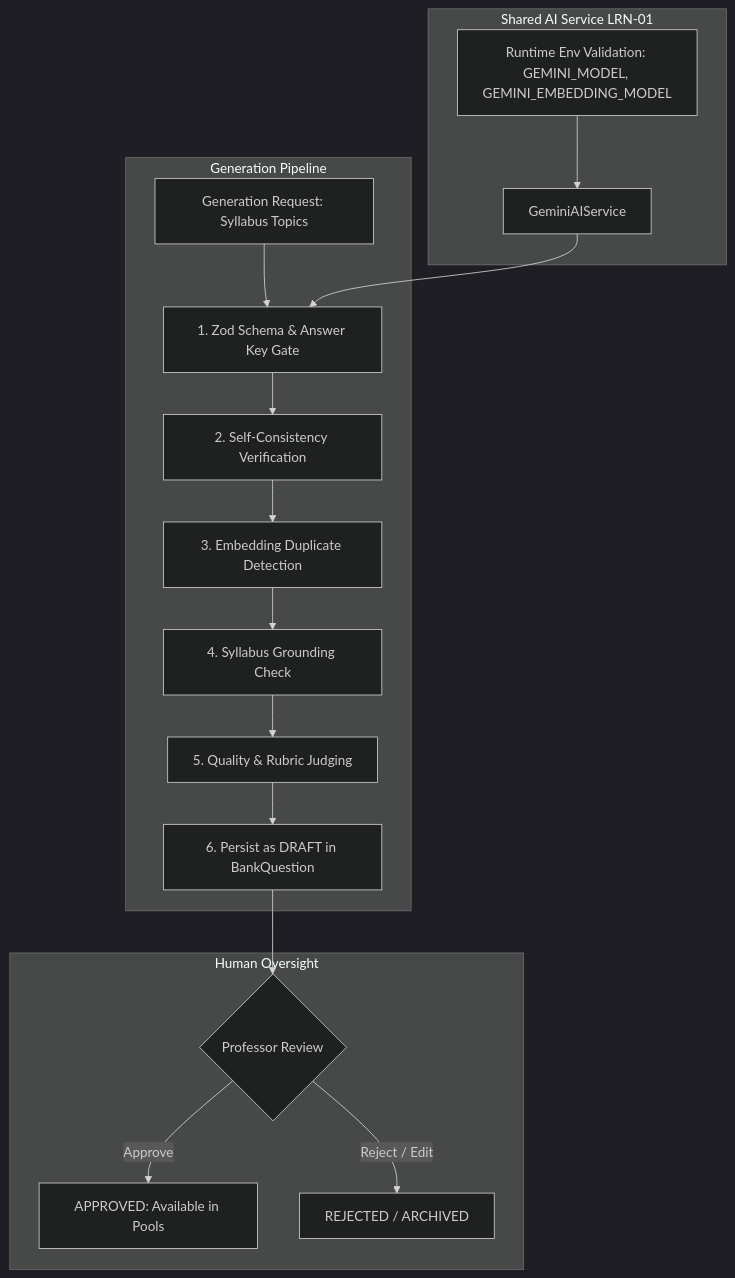
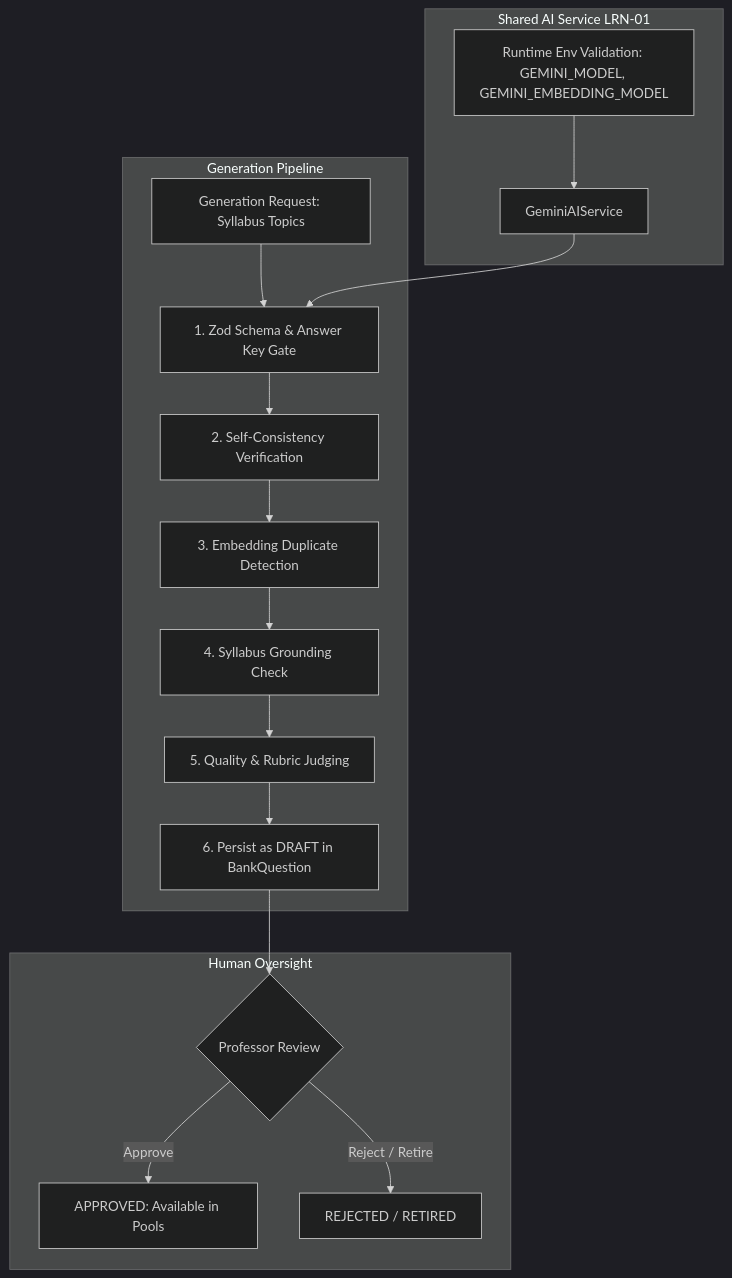
One commit to Aarathi1535/assignment_evaluation-IIIT-Hyd changed the seventh of 9 diagrams in docs/learning-module.md. Above: the diagram before and after it, drawn with Mermaid (dark theme). The commit also changed other lines of this file, not shown here.

````diff
--- a/docs/learning-module.md
+++ b/docs/learning-module.md
@@ -534,25 +550,25 @@
 ```mermaid
 flowchart TD
     subgraph Shared AI Service LRN-01
         SVC[GeminiAIService]
         CONF[Runtime Env Validation: GEMINI_MODEL, GEMINI_EMBEDDING_MODEL]
     end
 
     subgraph Generation Pipeline
         REQ[Generation Request: Syllabus Topics] --> VAL[1. Zod Schema & Answer Key Gate]
         VAL --> CONS[2. Self-Consistency Verification]
         CONS --> DUP[3. Embedding Duplicate Detection]
         DUP --> SYL[4. Syllabus Grounding Check]
         SYL --> QUAL[5. Quality & Rubric Judging]
         QUAL --> DRAFT[6. Persist as DRAFT in BankQuestion]
     end
 
     subgraph Human Oversight
         DRAFT --> PROF{Professor Review}
         PROF -->|Approve| APP[APPROVED: Available in Pools]
-        PROF -->|Reject / Edit| ARCH[REJECTED / ARCHIVED]
+        PROF -->|Reject / Retire| RET[REJECTED / RETIRED]
     end
 
     SVC --> VAL
     CONF --> SVC
 ```
````
